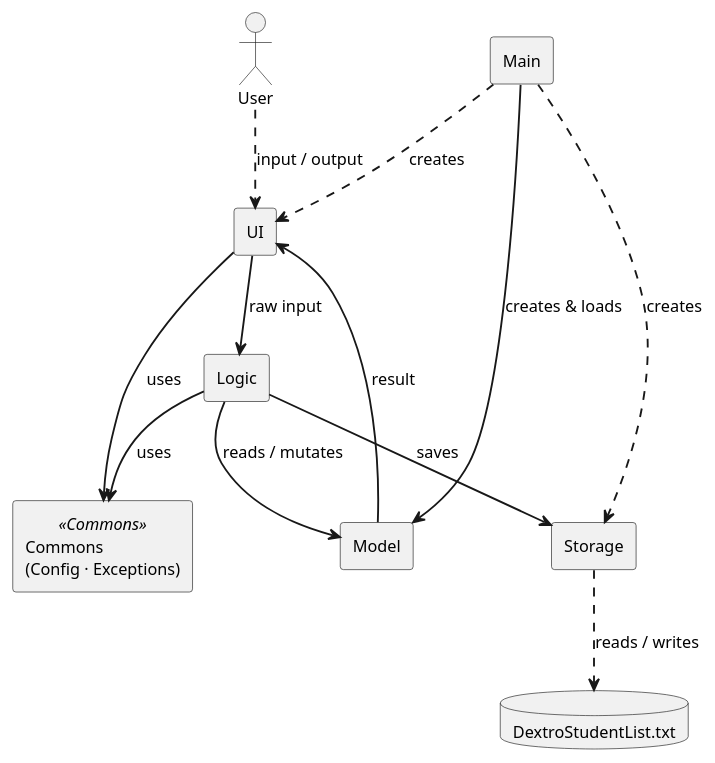
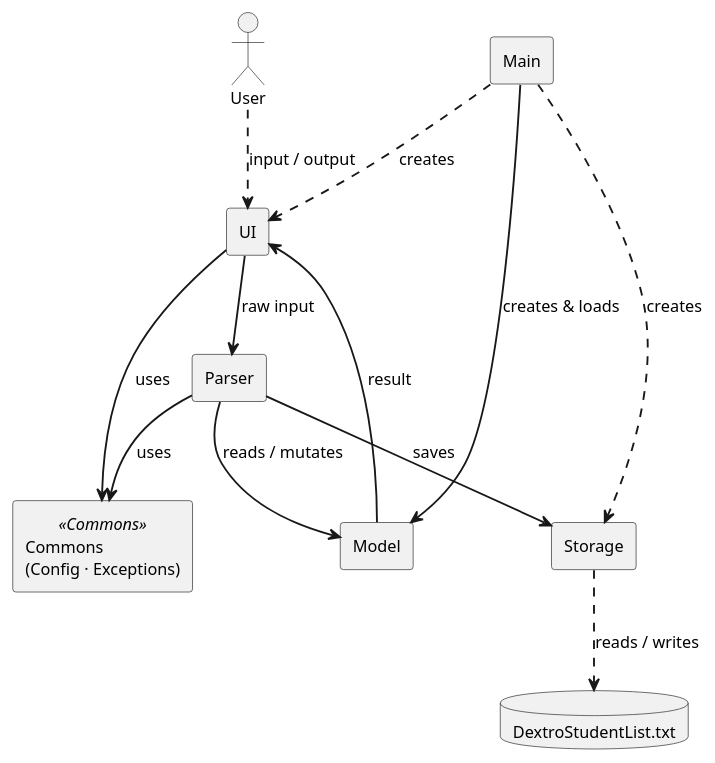
One commit to denyh6/tp changed the diagram in docs/diagrams/ArchitectureDiagram.puml. Above: the diagram before and after it, drawn with PlantUML. The commit also changed 1 other file, not shown here.

Commit message:
change logic back to parser in architecture diagram

```diff
--- a/docs/diagrams/ArchitectureDiagram.puml
+++ b/docs/diagrams/ArchitectureDiagram.puml
@@ -1,31 +1,31 @@
 @startuml ArchitectureDiagram
 
 skinparam componentStyle rectangle
 skinparam defaultFontSize 13
 skinparam ArrowThickness 1.5
 
 
 actor User
 
 
 [Commons\n(Config · Exceptions)] <<Commons>> as Commons
 
 database "DextroStudentList.txt" as DataFile
 
 User      ..>  [UI]      : input / output
 
-[UI]      -->  [Logic]  : raw input
-[Logic]  -->  [Model]   : reads / mutates
-[Logic]  -->  [Storage] : saves
+[UI]      -->  [Parser]  : raw input
+[Parser]  -->  [Model]   : reads / mutates
+[Parser]  -->  [Storage] : saves
 [Model]   -->  [UI]      : result
 
 [Main]    ..>  [UI]      : creates
 [Main]    -->  [Model]   : creates & loads
 [Main]    ..>  [Storage] : creates
 
 [Storage] ..>  DataFile  : reads / writes
 
 [UI]      -->  Commons   : uses
-[Logic]  -->  Commons   : uses
+[Parser]  -->  Commons   : uses
 
 @enduml
```
